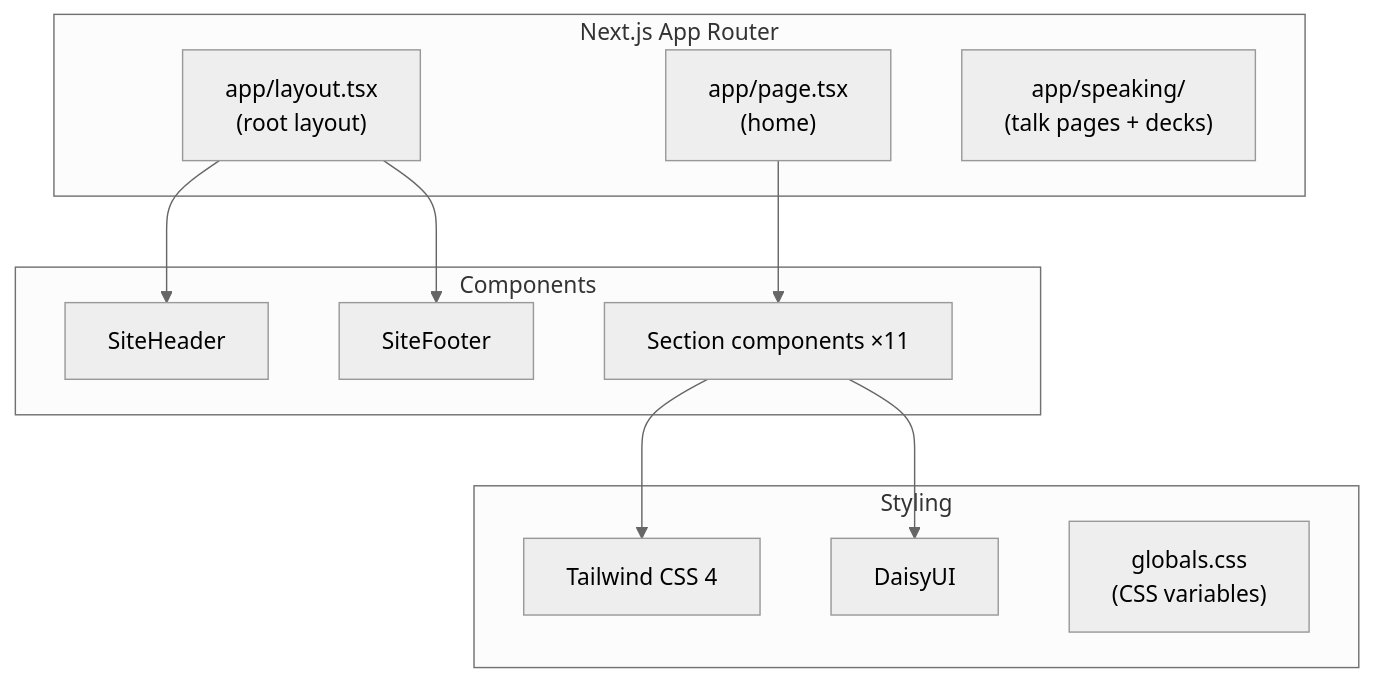
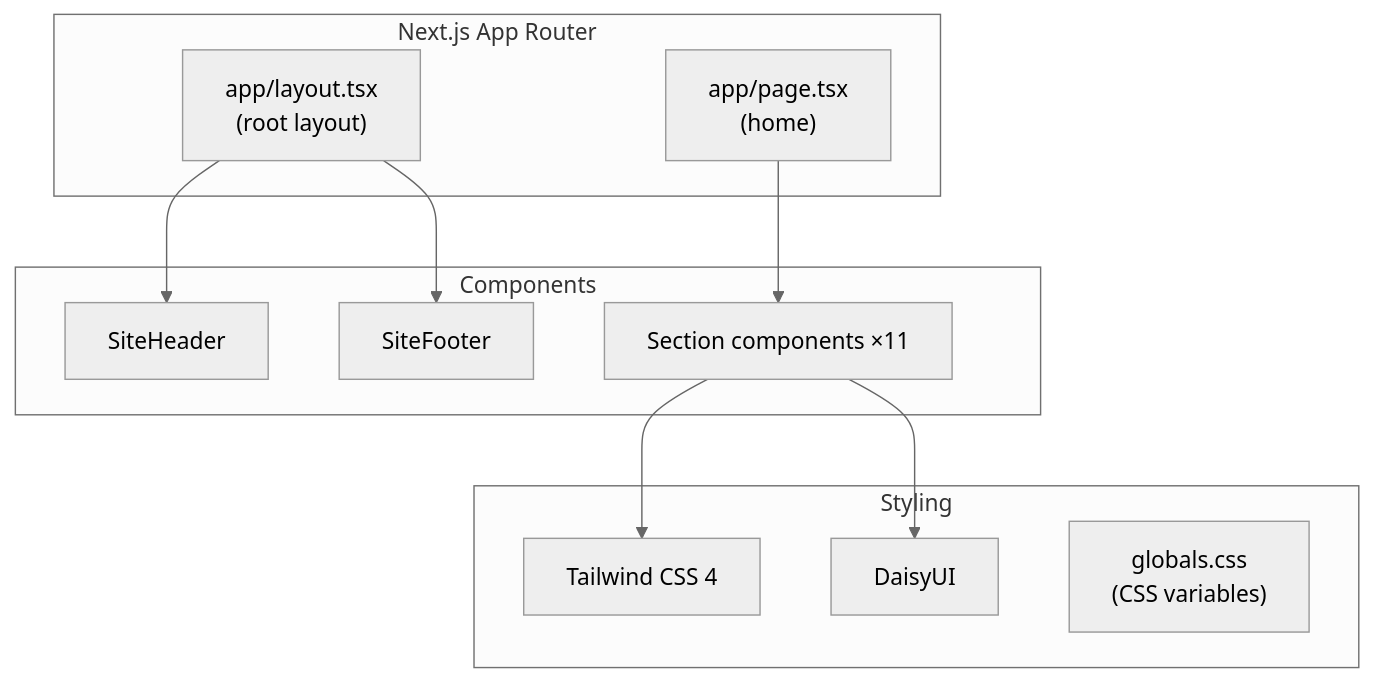
The diagram in docs/sites/kevinryan-io.md (DevOpsKev/kevinryan-io), drawn with Mermaid (neutral theme) before and after one commit. The commit also changed other lines of this file and 7 other files, not shown here.

````diff
--- a/docs/sites/kevinryan-io.md
+++ b/docs/sites/kevinryan-io.md
@@ -23,24 +23,23 @@
 ```mermaid
 graph TD
     subgraph app["Next.js App Router"]
         layout["app/layout.tsx<br/>(root layout)"]
         home["app/page.tsx<br/>(home)"]
-        speaking["app/speaking/<br/>(talk pages + decks)"]
     end
 
     subgraph components["Components"]
         header["SiteHeader"]
         footer["SiteFooter"]
         sections["Section components ×11"]
     end
 
     subgraph styling["Styling"]
         tw["Tailwind CSS 4"]
         daisy["DaisyUI"]
         globals["globals.css<br/>(CSS variables)"]
     end
 
     layout --> header & footer
     home --> sections
     sections --> tw & daisy
 ```
````
